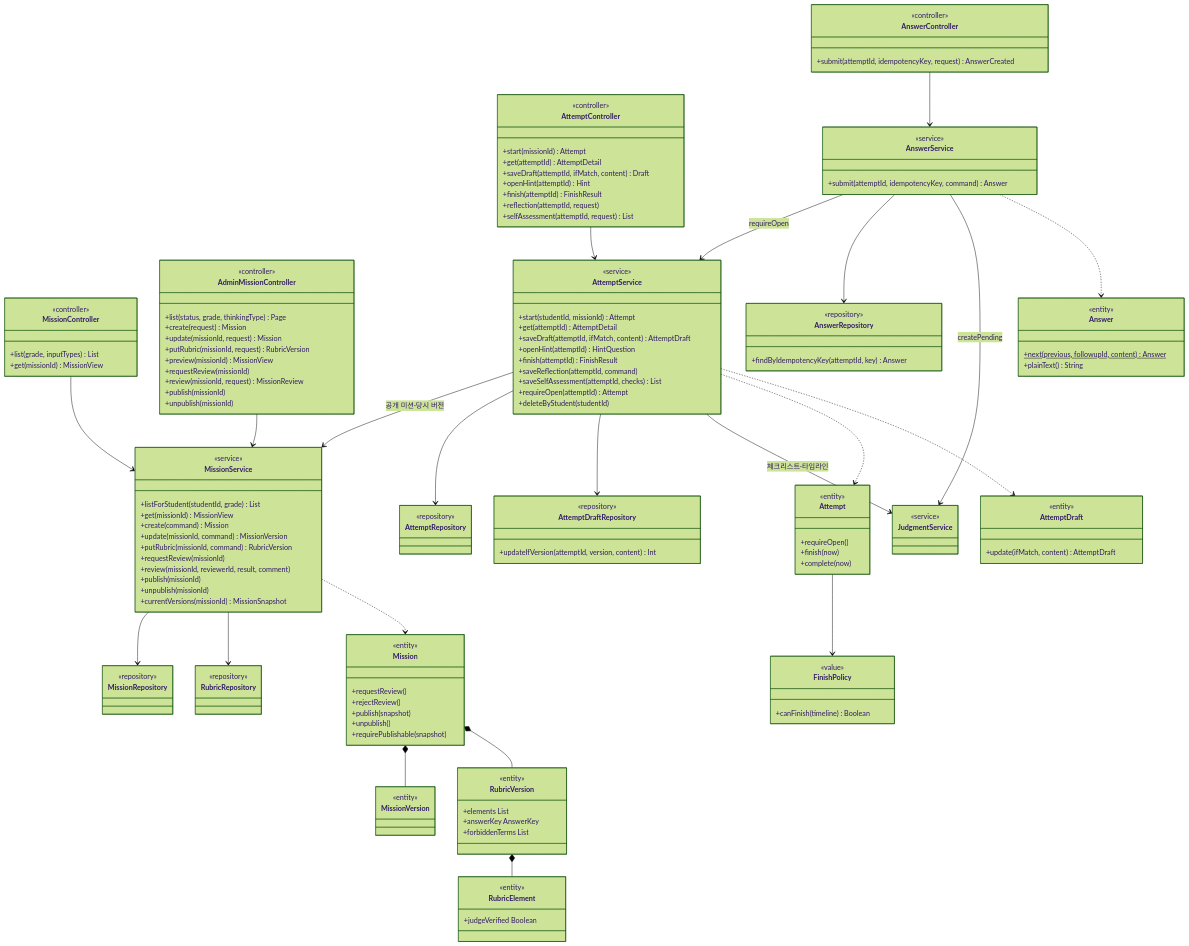
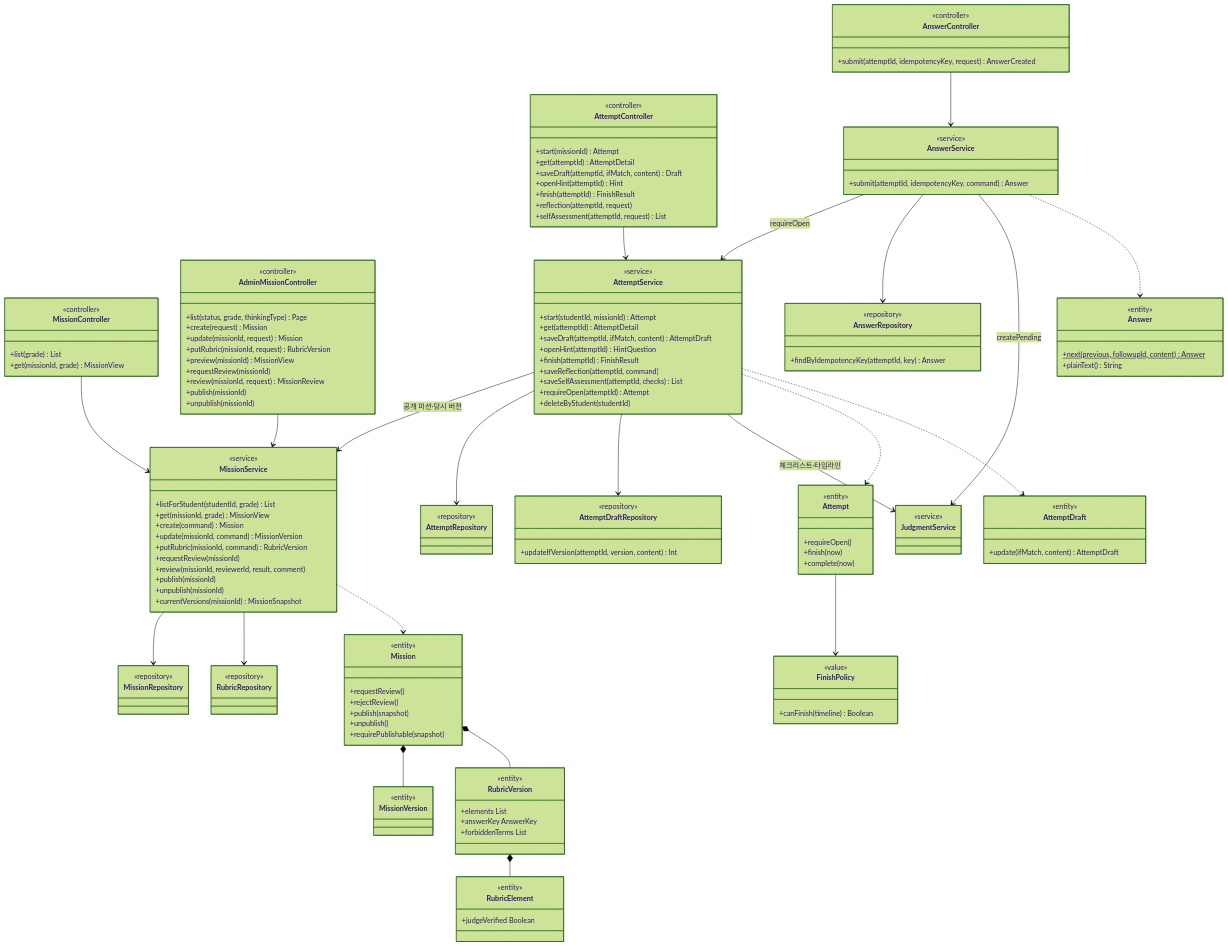
The eighth of 15 diagrams in docs/design/class-diagram.md (SKNETWORKS-FAMILY-AICAMP/SKN34-FINAL-3TEAM), drawn with Mermaid (forest theme) before and after one commit. The commit also changed 2 other files, not shown here.

Commit message:
docs: 미션 조회 구현에 맞춰 class-diagram·state-diagram 갱신

```diff
--- a/docs/design/class-diagram.md
+++ b/docs/design/class-diagram.md
@@ -900,8 +900,8 @@
   direction TB
   class MissionController {
     <<controller>>
-    +list(grade, inputTypes) List
-    +get(missionId) MissionView
+    +list(grade) List
+    +get(missionId, grade) MissionView
   }
   class AdminMissionController {
     <<controller>>
@@ -918,7 +918,7 @@
   class MissionService {
     <<service>>
     +listForStudent(studentId, grade) List
-    +get(missionId) MissionView
+    +get(missionId, grade) MissionView
     +create(command) Mission
     +update(missionId, command) MissionVersion
     +putRubric(missionId, command) RubricVersion
```
